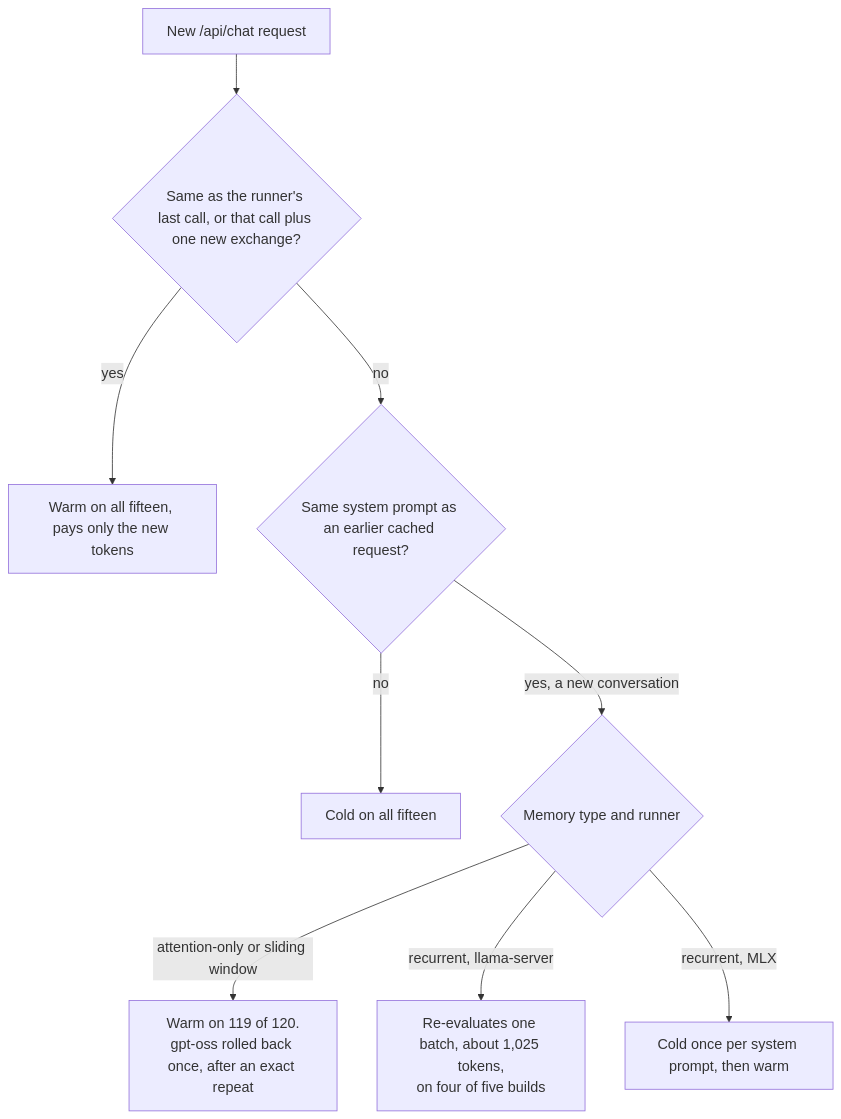
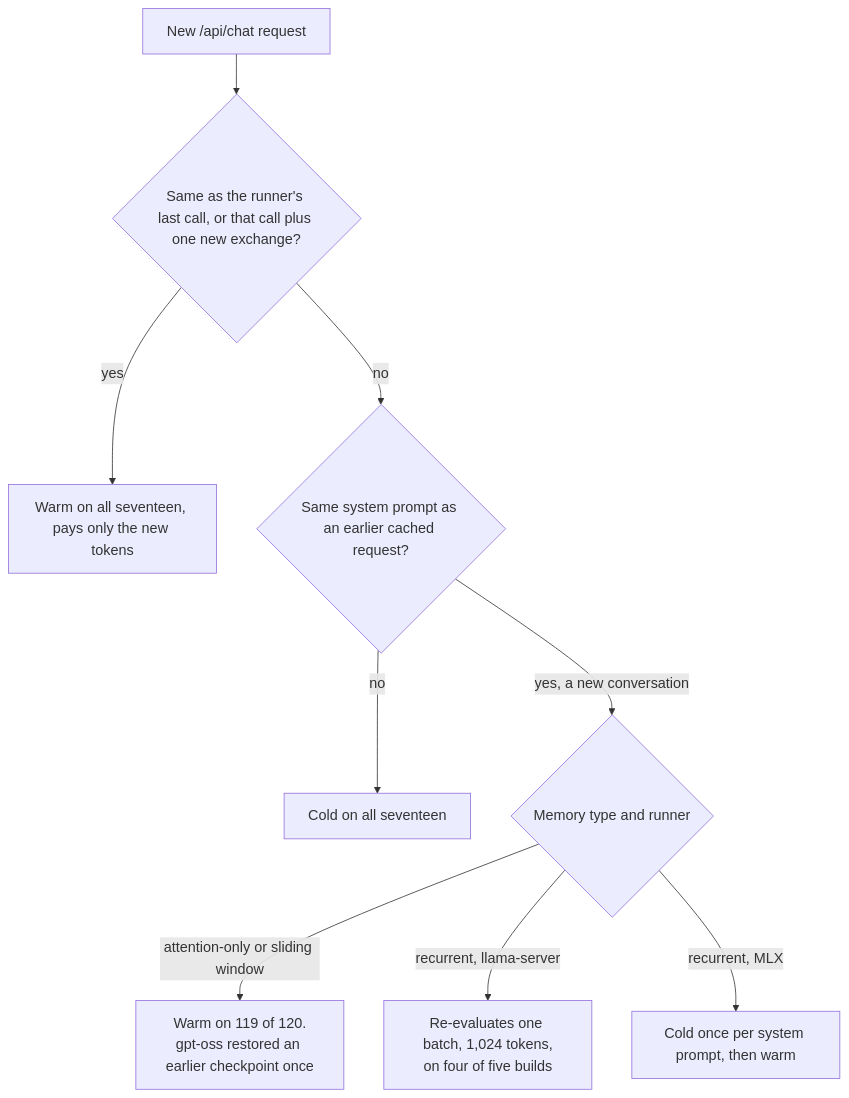
The first of 3 diagrams in adaptive_chat_server_dart/blog/article-8-prompt-cache-draft.md (freemansoft/Flutter-AdaptiveCards), drawn with Mermaid before and after one commit. The commit also changed other lines of this file and 67 other files, not shown here.

````diff
--- a/adaptive_chat_server_dart/blog/article-8-prompt-cache-draft.md
+++ b/adaptive_chat_server_dart/blog/article-8-prompt-cache-draft.md
@@ -45,12 +49,12 @@
 ```mermaid
 %%{init: {'themeVariables': {'fontSize': '18px'}}}%%
 flowchart TD
   A[New /api/chat request] --> B{Same as the runner's last call, or that call plus one new exchange?}
-  B -- yes --> C[Warm on all fifteen, pays only the new tokens]
+  B -- yes --> C[Warm on all seventeen, pays only the new tokens]
   B -- no --> F{Same system prompt as an earlier cached request?}
-  F -- no --> G[Cold on all fifteen]
+  F -- no --> G[Cold on all seventeen]
   F -- yes, a new conversation --> H{Memory type and runner}
-  H -- attention-only or sliding window --> I[Warm on 119 of 120.<br/>gpt-oss rolled back once, after an exact repeat]
-  H -- recurrent, llama-server --> S[Re-evaluates one batch, about 1,025 tokens,<br/>on four of five builds]
+  H -- attention-only or sliding window --> I[Warm on 119 of 120.<br/>gpt-oss restored an earlier checkpoint once]
+  H -- recurrent, llama-server --> S[Re-evaluates one batch, 1,024 tokens,<br/>on four of five builds]
   H -- recurrent, MLX --> J[Cold once per system prompt, then warm]
 ```
````
